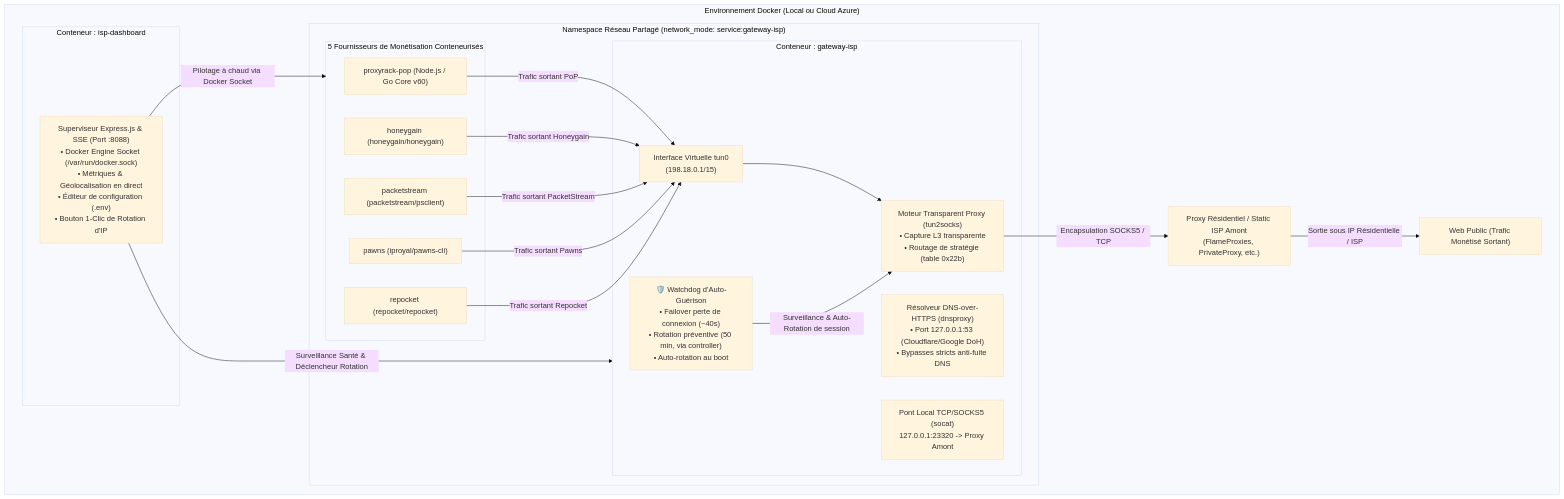
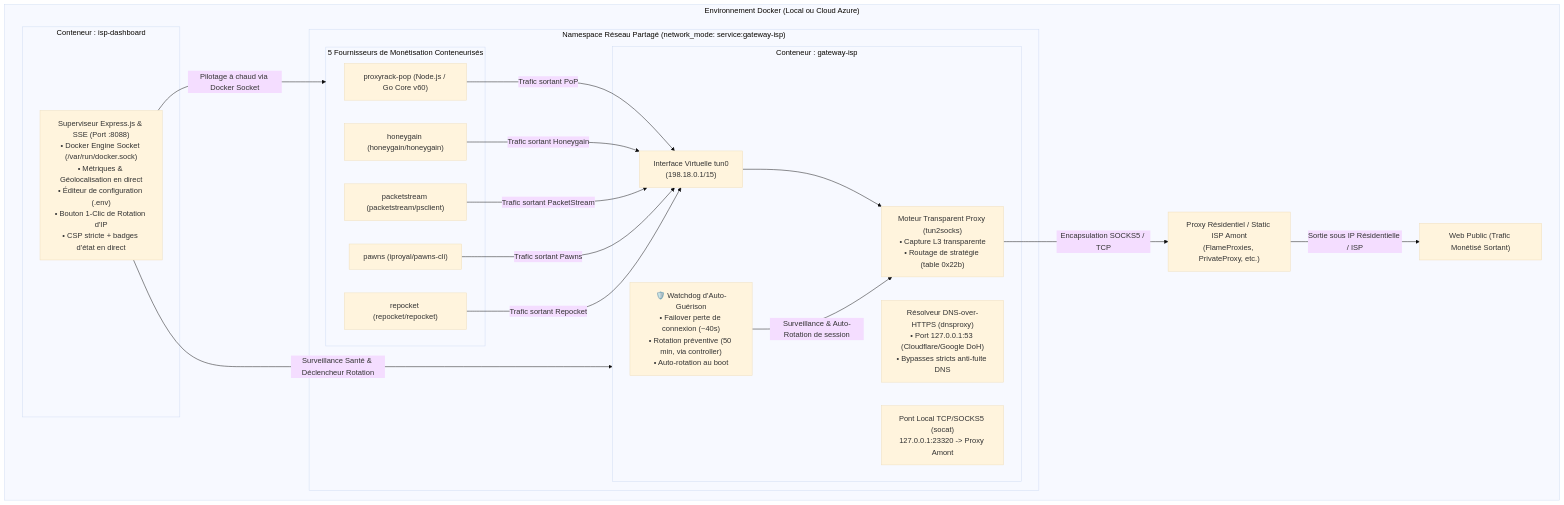
Before and after one commit to ki2pixel/proxy_docker: the diagram in README.md, drawn with Mermaid (base theme). The commit also changed other lines of this file and 4 other files, not shown here.

First line of the commit message:
fix(dashboard): audit frontend — CSP, badges dynamiques, logs en polling

````diff
--- a/README.md
+++ b/README.md
@@ -11,44 +11,44 @@
 ```mermaid
 graph TD
     subgraph Docker ["Environnement Docker (Local ou Cloud Azure)"]
         subgraph NetNamespace ["Namespace Réseau Partagé (network_mode: service:gateway-isp)"]
             
             subgraph GatewayContainer ["Conteneur : gateway-isp"]
                 TUN["Interface Virtuelle tun0<br>(198.18.0.1/15)"]
                 T2S["Moteur Transparent Proxy (tun2socks)<br>• Capture L3 transparente<br>• Routage de stratégie (table 0x22b)"]
                 DOH["Résolveur DNS-over-HTTPS (dnsproxy)<br>• Port 127.0.0.1:53 (Cloudflare/Google DoH)<br>• Bypasses stricts anti-fuite DNS"]
                 WD["🛡️ Watchdog d'Auto-Guérison<br>• Failover perte de connexion (~40s)<br>• Rotation préventive (50 min, via controller)<br>• Auto-rotation au boot"]
                 SOCAT["Pont Local TCP/SOCKS5 (socat)<br>127.0.0.1:23320 -> Proxy Amont"]
             end
             
             subgraph ProvidersContainers ["5 Fournisseurs de Monétisation Conteneurisés"]
                 PR["proxyrack-pop (Node.js / Go Core v60)"]
                 HG["honeygain (honeygain/honeygain)"]
                 PS["packetstream (packetstream/psclient)"]
                 PA["pawns (iproyal/pawns-cli)"]
                 RP["repocket (repocket/repocket)"]
             end
         end
 
         subgraph DashboardContainer ["Conteneur : isp-dashboard"]
-            DASH["Superviseur Express.js & SSE (Port :8088)<br>• Docker Engine Socket (/var/run/docker.sock)<br>• Métriques & Géolocalisation en direct<br>• Éditeur de configuration (.env)<br>• Bouton 1-Clic de Rotation d'IP"]
+            DASH["Superviseur Express.js & SSE (Port :8088)<br>• Docker Engine Socket (/var/run/docker.sock)<br>• Métriques & Géolocalisation en direct<br>• Éditeur de configuration (.env)<br>• Bouton 1-Clic de Rotation d'IP<br>• CSP stricte + badges d'état en direct"]
         end
 
         UPSTREAM["Proxy Résidentiel / Static ISP Amont<br>(FlameProxies, PrivateProxy, etc.)"]
         INTERNET["Web Public (Trafic Monétisé Sortant)"]
     end
 
     PR -->|Trafic sortant PoP| TUN
     HG -->|Trafic sortant Honeygain| TUN
     PS -->|Trafic sortant PacketStream| TUN
     PA -->|Trafic sortant Pawns| TUN
     RP -->|Trafic sortant Repocket| TUN
 
     TUN --> T2S
     T2S -->|Encapsulation SOCKS5 / TCP| UPSTREAM
     UPSTREAM -->|Sortie sous IP Résidentielle / ISP| INTERNET
 
     WD -->|Surveillance & Auto-Rotation de session| T2S
     DASH -->|Pilotage à chaud via Docker Socket| ProvidersContainers
     DASH -->|Surveillance Santé & Déclencheur Rotation| GatewayContainer
 ```
````
